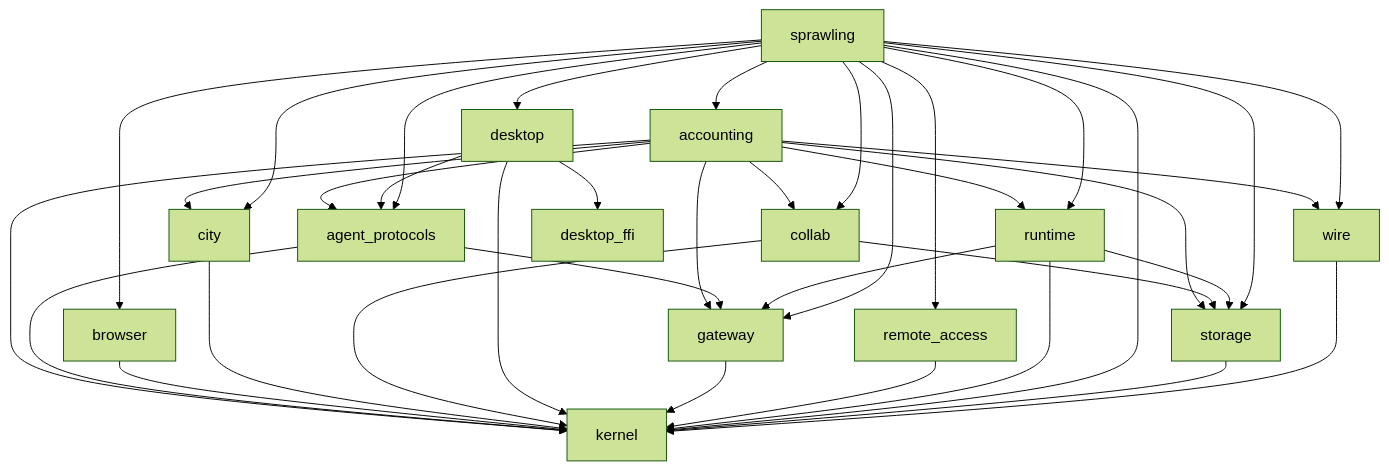
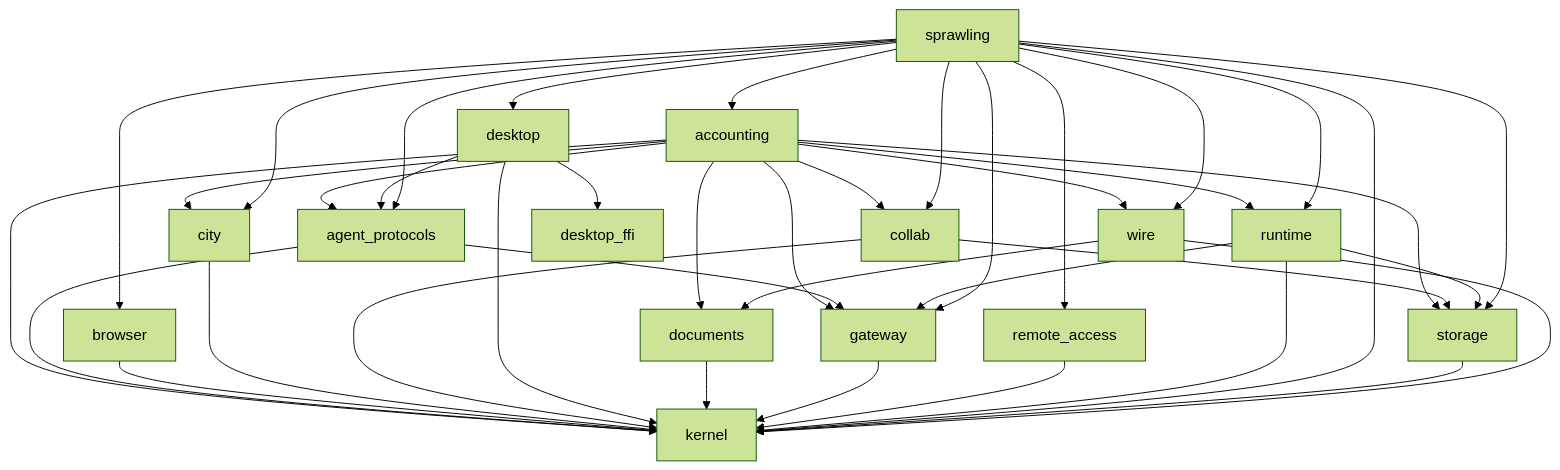
One commit to 2youg1/sprawling-agents changed the first of 8 diagrams in ARCHITECTURE.md. Above: the diagram before and after it, drawn with Mermaid (forest theme). The commit also changed other lines of this file and 10 other files, not shown here.

````diff
--- a/ARCHITECTURE.md
+++ b/ARCHITECTURE.md
@@ -880,41 +882,44 @@
 ```mermaid
 flowchart TD
     accounting --> agent_protocols
     accounting --> city
     accounting --> collab
+    accounting --> documents
     accounting --> gateway
     accounting --> kernel
     accounting --> runtime
     accounting --> storage
     accounting --> wire
     agent_protocols --> gateway
     agent_protocols --> kernel
     browser --> kernel
     city --> kernel
     collab --> kernel
     collab --> storage
     desktop --> agent_protocols
     desktop --> desktop_ffi
     desktop --> kernel
     desktop_ffi
+    documents --> kernel
     gateway --> kernel
     kernel
     remote_access --> kernel
     runtime --> gateway
     runtime --> kernel
     runtime --> storage
     sprawling --> accounting
     sprawling --> agent_protocols
     sprawling --> browser
     sprawling --> city
     sprawling --> collab
     sprawling --> desktop
     sprawling --> gateway
     sprawling --> kernel
     sprawling --> remote_access
     sprawling --> runtime
     sprawling --> storage
     sprawling --> wire
     storage --> kernel
+    wire --> documents
     wire --> kernel
 ```
````
